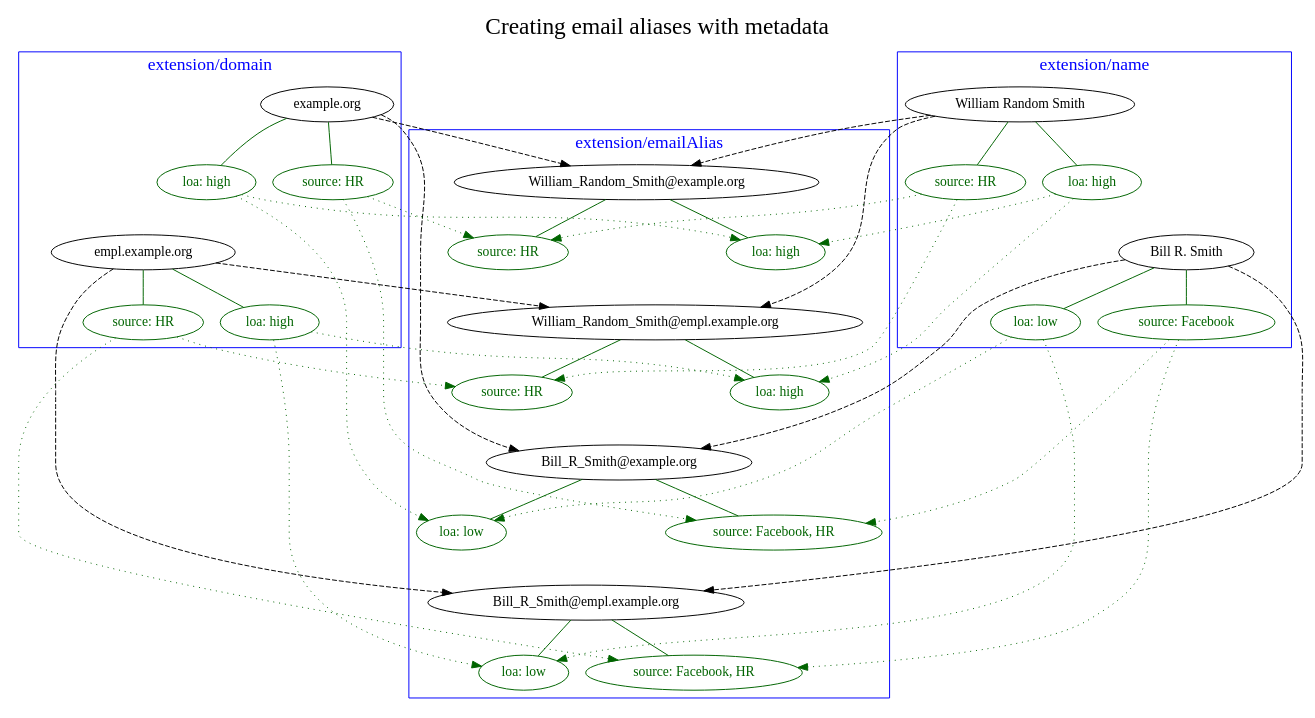
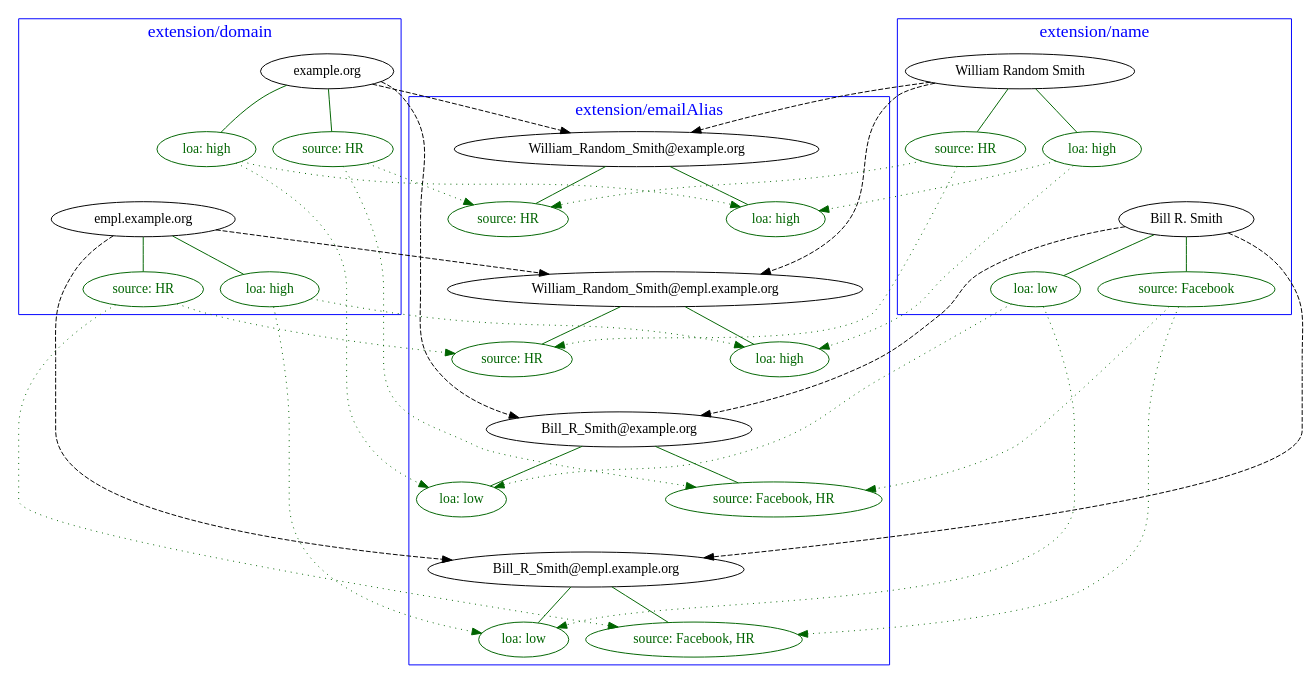
Before and after one commit to Evolveum/docs: the diagram in midpoint/midprivacy/phases/01-data-provenance-prototype/processing/model/metadata/expressions/example-email-aliases.dot, drawn with Graphviz. The commit also changed 6 other files, not shown here.

```diff
--- a/midpoint/midprivacy/phases/01-data-provenance-prototype/processing/model/metadata/expressions/example-email-aliases.dot
+++ b/midpoint/midprivacy/phases/01-data-provenance-prototype/processing/model/metadata/expressions/example-email-aliases.dot
@@ -1,111 +1,111 @@
 digraph G {
     compound=true;
     rankdir=TB;
 
-    label="Creating email aliases with metadata";
-    labelloc=top; fontsize=24.0;
+//    label="Creating email aliases with metadata";
+//    labelloc=top; fontsize=24.0;
 
     subgraph cluster_ext_name {
 
       label="extension/name";
       fontcolor=blue;
       color=blue;
       fontsize=18.0;
 
       dn1 [label="William Random Smith"];
       dn1Loa [label="loa: high", color=darkgreen, fontcolor=darkgreen];
       dn1Source [label="source: HR", color=darkgreen, fontcolor=darkgreen];
       dn1->dn1Loa [color=darkgreen, dir=none];
       dn1->dn1Source [color=darkgreen, dir=none];
       dn1Dummy[style=invis];
 
       dn2 [label="Bill R. Smith"];
       dn2Loa [label="loa: low", color=darkgreen, fontcolor=darkgreen];
       dn2Source [label="source: Facebook", color=darkgreen, fontcolor=darkgreen];
       dn2->dn2Loa [color=darkgreen, dir=none];
       dn2->dn2Source [color=darkgreen, dir=none];
 
       dn1 -> dn1Dummy -> dn2 [style=invis];
     }
 
     subgraph cluster_ext_domain {
 
       label="extension/domain"
       fontcolor=blue;
       color=blue;
       fontsize=18.0;
 
       d1 [label="example.org"];
       d1Loa [label="loa: high", color=darkgreen, fontcolor=darkgreen];
       d1Source [label="source: HR", color=darkgreen, fontcolor=darkgreen];
       d1->d1Loa [color=darkgreen, dir=none];
       d1->d1Source [color=darkgreen, dir=none];
       d1Dummy[style=invis];
 
       d2 [label="empl.example.org"];
       d2Loa [label="loa: high", color=darkgreen, fontcolor=darkgreen];
       d2Source [label="source: HR", color=darkgreen, fontcolor=darkgreen];
       d2->d2Loa [color=darkgreen, dir=none];
       d2->d2Source [color=darkgreen, dir=none];
 
       d1 -> d1Dummy -> d2 [style=invis];
     }
 
 /*    subgraph expression {
       expr [label="createAddress(name)"]
     } */
 
     subgraph cluster_output {
       label="extension/emailAlias"
       fontcolor=blue;
       color=blue;
       fontsize=18.0;
 
       o11 [label="William_Random_Smith@example.org"];
       o11Loa [label="loa: high", color=darkgreen, fontcolor=darkgreen];
       o11Source [label="source: HR", color=darkgreen, fontcolor=darkgreen];
       o11->o11Loa [color=darkgreen, dir=none];
       o11->o11Source [color=darkgreen, dir=none];
       o11Dummy[style=invis];
 
       o12 [label="William_Random_Smith@empl.example.org"];
       o12Loa [label="loa: high", color=darkgreen, fontcolor=darkgreen];
       o12Source [label="source: HR", color=darkgreen, fontcolor=darkgreen];
       o12->o12Loa [color=darkgreen, dir=none];
       o12->o12Source [color=darkgreen, dir=none];
       o12Dummy[style=invis];
 
       o21 [label="Bill_R_Smith@example.org"];
       o21Loa [label="loa: low", color=darkgreen, fontcolor=darkgreen];
       o21Source [label="source: Facebook, HR", color=darkgreen, fontcolor=darkgreen];
       o21->o21Loa [color=darkgreen, dir=none];
       o21->o21Source [color=darkgreen, dir=none];
       o21Dummy[style=invis];
 
       o22 [label="Bill_R_Smith@empl.example.org"];
       o22Loa [label="loa: low", color=darkgreen, fontcolor=darkgreen];
       o22Source [label="source: Facebook, HR", color=darkgreen, fontcolor=darkgreen];
       o22->o22Loa [color=darkgreen, dir=none];
       o22->o22Source [color=darkgreen, dir=none];
 
       o11 -> o11Dummy -> o12 -> o12Dummy -> o21 -> o21Dummy -> o22 [style=invis];
     }
 
     { dn1 d1 } -> o11 [style=dashed];
     { dn1Loa d1Loa } -> o11Loa [color=darkgreen, style=dotted];
     { dn1Source d1Source } -> o11Source [color=darkgreen, style=dotted];
 
     { dn1 d2 } -> o12 [style=dashed];
     { dn1Loa d2Loa } -> o12Loa [color=darkgreen, style=dotted];
     { dn1Source d2Source } -> o12Source [color=darkgreen, style=dotted];
 
     { dn2 d1 } -> o21 [style=dashed];
     { dn2Loa d1Loa } -> o21Loa [color=darkgreen, style=dotted];
     { dn2Source d1Source } -> o21Source [color=darkgreen, style=dotted];
 
     { dn2 d2 } -> o22 [style=dashed];
     { dn2Loa d2Loa } -> o22Loa [color=darkgreen, style=dotted];
     { dn2Source d2Source } -> o22Source [color=darkgreen, style=dotted];
 
     dn1 -> d1 -> o11 [style=invis];
 }
```
